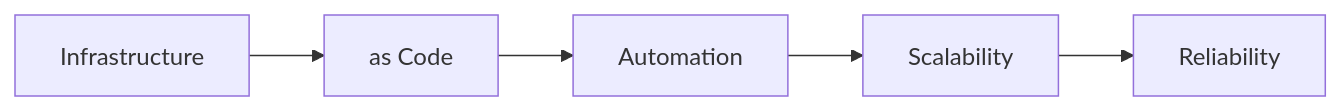
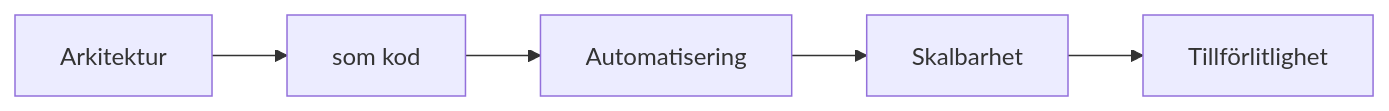
Before and after one commit to Geonitab/architecture_as_code: the diagram in README.md, drawn with Mermaid. The commit also changed other lines of this file, not shown here.

````diff
--- a/README.md
+++ b/README.md
@@ -180,7 +180,7 @@
 ```mermaid
 graph LR
-    A[Infrastructure] --> B[as Code]
-    B --> C[Automation]
-    C --> D[Scalability]
-    D --> E[Reliability]
+    A[Arkitektur] --> B[som kod]
+    B --> C[Automatisering]
+    C --> D[Skalbarhet]
+    D --> E[Tillförlitlighet]
 ```
````
